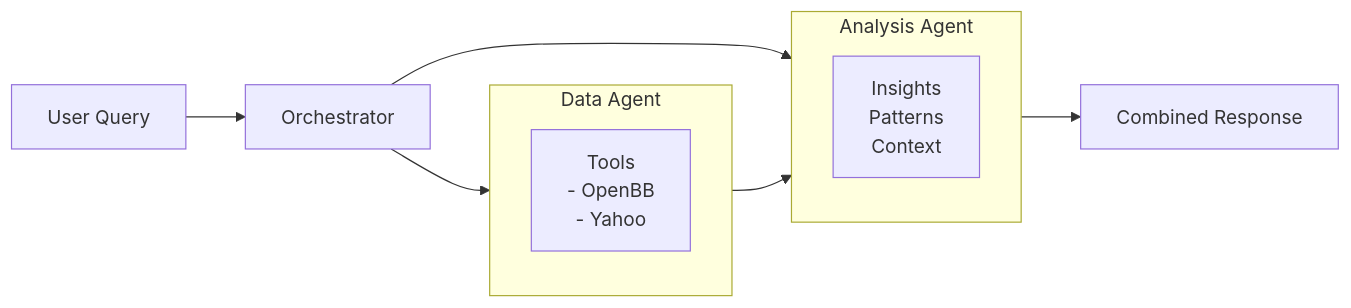
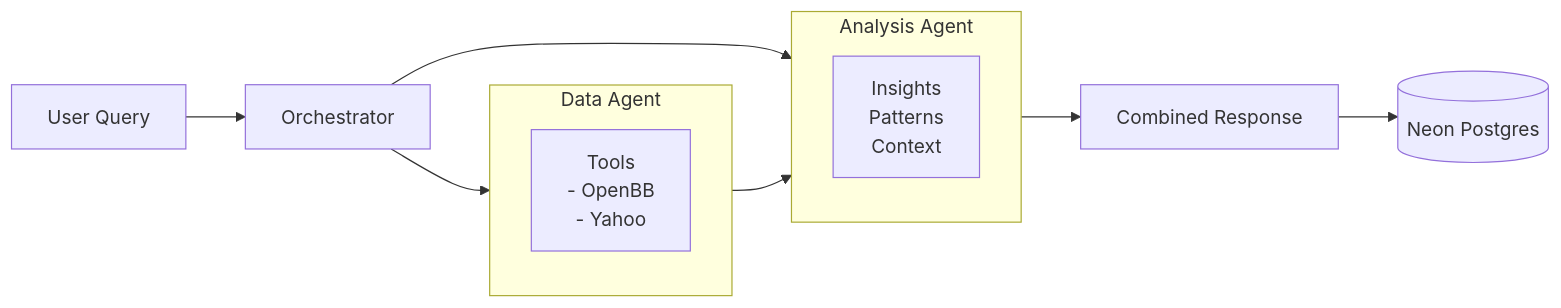
One commit to RichChang963/Trading-Assistant changed the diagram in docs/AGENT_COMPARISON.md. Above: the diagram before and after it, drawn with Mermaid. The commit also changed other lines of this file and 2 other files, not shown here.

````diff
--- a/docs/AGENT_COMPARISON.md
+++ b/docs/AGENT_COMPARISON.md
@@ -23,18 +23,19 @@
 ```mermaid
 graph LR
     A[User Query] --> B[Orchestrator]
     B --> C[Data Agent]
     B --> D[Analysis Agent]
     
     subgraph C[Data Agent]
         C1[Tools<br/>- OpenBB<br/>- Yahoo<br/>]
     end
     
     C --> D
     
     subgraph D[Analysis Agent]
         D1[Insights<br/>Patterns<br/>Context]
     end
     
     D --> E[Combined Response]
+    E --> F[(Neon Postgres)]
 ```
````
